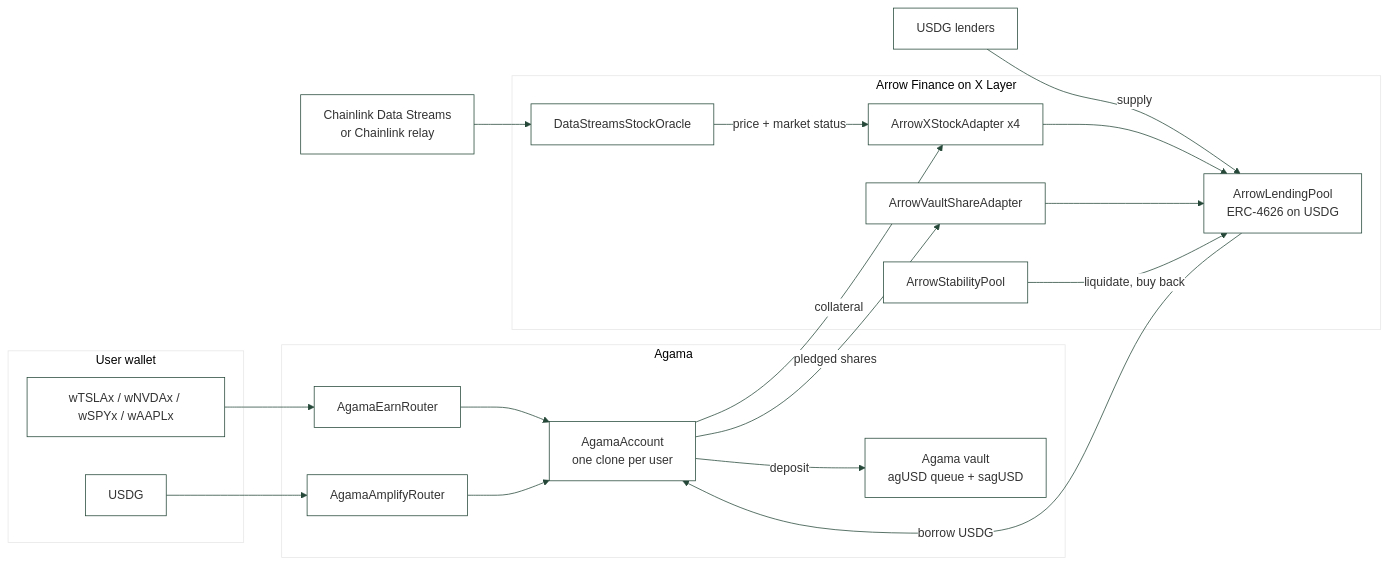
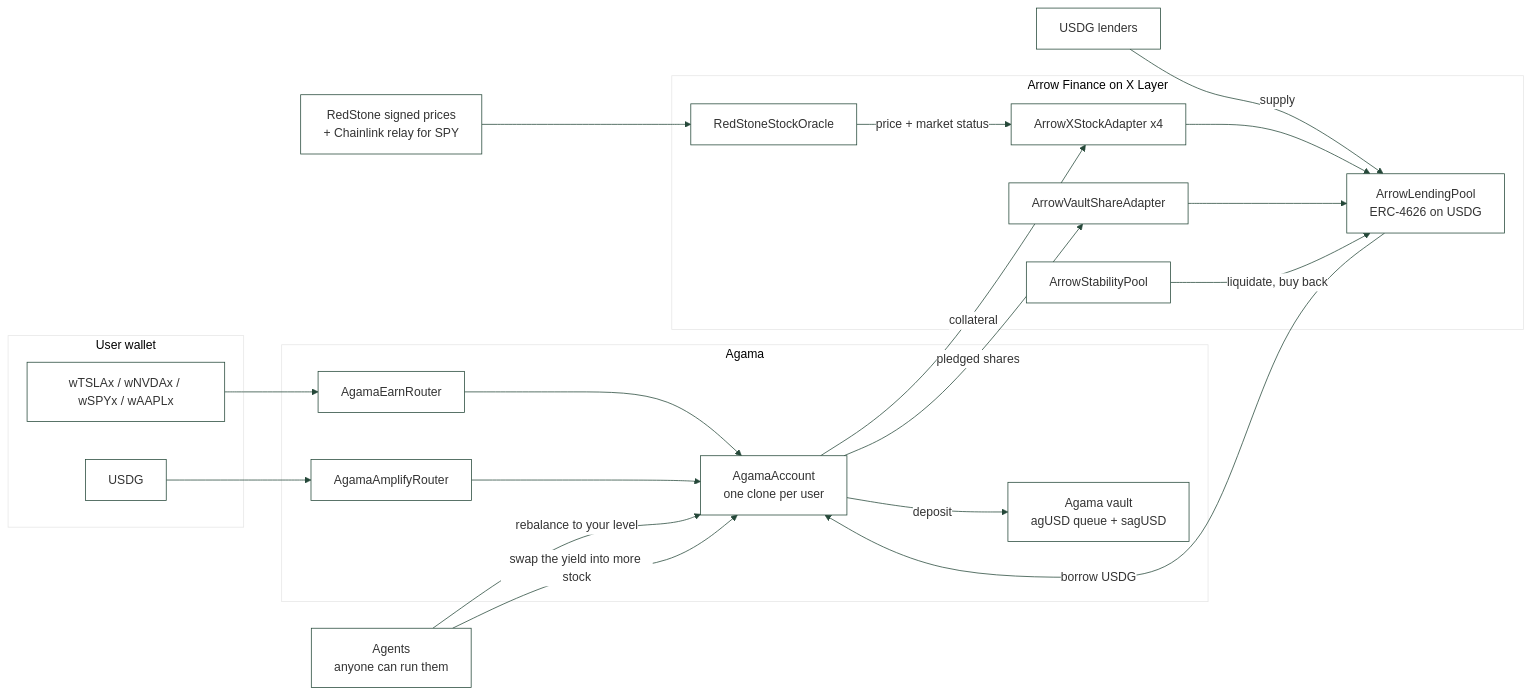
Before and after one commit to agamafinance/agama-xlayer: the diagram in README.md, drawn with Mermaid. The commit also changed other lines of this file and 1 other file, not shown here.

First line of the commit message:
docs: refresh the testnet addresses, put the agents in the diagram

````diff
--- a/README.md
+++ b/README.md
@@ -26,33 +26,35 @@
 ```mermaid
 %%{init: {'theme':'base','themeVariables':{'background':'#ffffff','primaryColor':'#ffffff','primaryBorderColor':'#254839','lineColor':'#254839','fontFamily':'Helvetica Neue'}}}%%
 flowchart LR
     subgraph U[User wallet]
       S[wTSLAx / wNVDAx / wSPYx / wAAPLx]
       G[USDG]
     end
     subgraph AG[Agama]
       ER[AgamaEarnRouter]
       AR[AgamaAmplifyRouter]
       AC[AgamaAccount<br/>one clone per user]
       V[Agama vault<br/>agUSD queue + sagUSD]
     end
     subgraph AF[Arrow Finance on X Layer]
       P[ArrowLendingPool<br/>ERC-4626 on USDG]
       XA[ArrowXStockAdapter x4]
       VA[ArrowVaultShareAdapter]
       SP[ArrowStabilityPool]
-      O[DataStreamsStockOracle]
+      O[RedStoneStockOracle]
     end
     L[USDG lenders] -->|supply| P
     S --> ER --> AC
     G --> AR --> AC
     AC -->|collateral| XA
     AC -->|pledged shares| VA
     XA --> P
     VA --> P
     P -->|borrow USDG| AC
     AC -->|deposit| V
+    AGT[Agents<br/>anyone can run them] -->|rebalance to your level| AC
+    AGT -->|swap the yield into more stock| AC
     O -->|price + market status| XA
-    CL[Chainlink Data Streams<br/>or Chainlink relay] --> O
+    CL[RedStone signed prices<br/>+ Chainlink relay for SPY] --> O
     SP -->|liquidate, buy back| P
 ```
````
